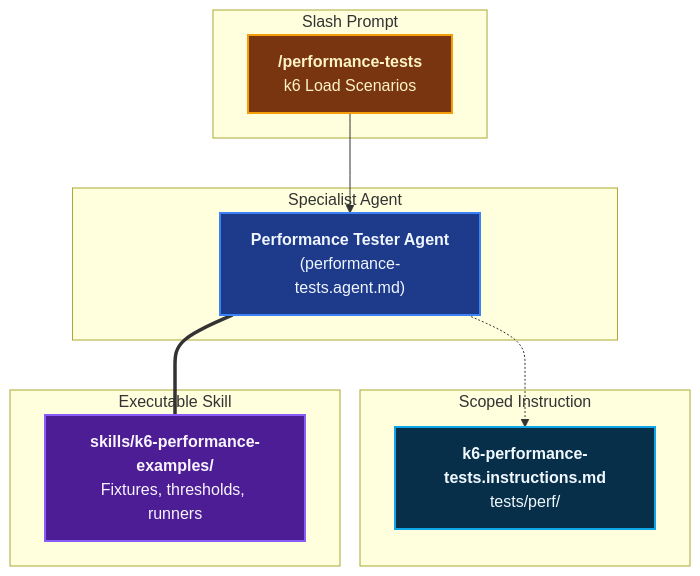
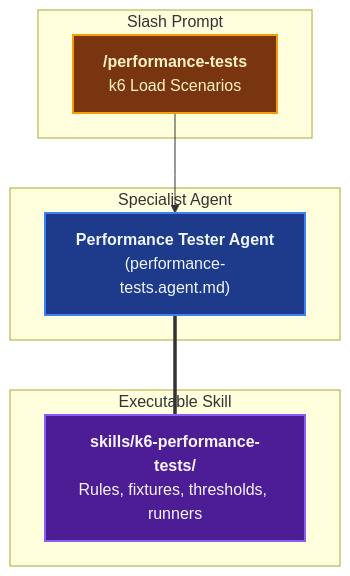
Before and after one commit to ALTEN-group/coding-pal: the fifth of 6 diagrams in website/docs/guide/domain-testing.md, drawn with Mermaid. The commit also changed other lines of this file and 173 other files, not shown here.

````diff
--- a/website/docs/guide/domain-testing.md
+++ b/website/docs/guide/domain-testing.md
@@ -141,35 +141,28 @@
 ```mermaid
 ---
 caption: Performance Testing Flow
 ---
 flowchart TD
     subgraph Triggers ["Slash Prompt"]
         P_PERF["<b>/performance-tests</b><br/>k6 Load Scenarios"]
     end
 
     subgraph Specialists ["Specialist Agent"]
         A_PERF["<b>Performance Tester Agent</b><br/>(performance-tests.agent.md)"]
     end
 
-    subgraph Standards ["Scoped Instruction"]
-        I_PERF["<b>k6-performance-tests.instructions.md</b><br/>tests/perf/"]
-    end
-
     subgraph Bundles ["Executable Skill"]
-        S_PERF["<b>skills/k6-performance-examples/</b><br/>Fixtures, thresholds, runners"]
+        S_PERF["<b>skills/k6-performance-tests/</b><br/>Rules, fixtures, thresholds, runners"]
     end
 
     P_PERF --> A_PERF
-    A_PERF -.-> I_PERF
     A_PERF === S_PERF
 
     classDef prompt fill:#78350f,stroke:#f59e0b,stroke-width:2px,color:#fef3c7;
     classDef agent fill:#1e3a8a,stroke:#3b82f6,stroke-width:2px,color:#eff6ff;
-    classDef standard fill:#082f49,stroke:#0ea5e9,stroke-width:2px,color:#f0f9ff;
     classDef skill fill:#4c1d95,stroke:#8b5cf6,stroke-width:2px,color:#faf5ff;
 
     class P_PERF prompt;
     class A_PERF agent;
-    class I_PERF standard;
     class S_PERF skill;
 ```
````
